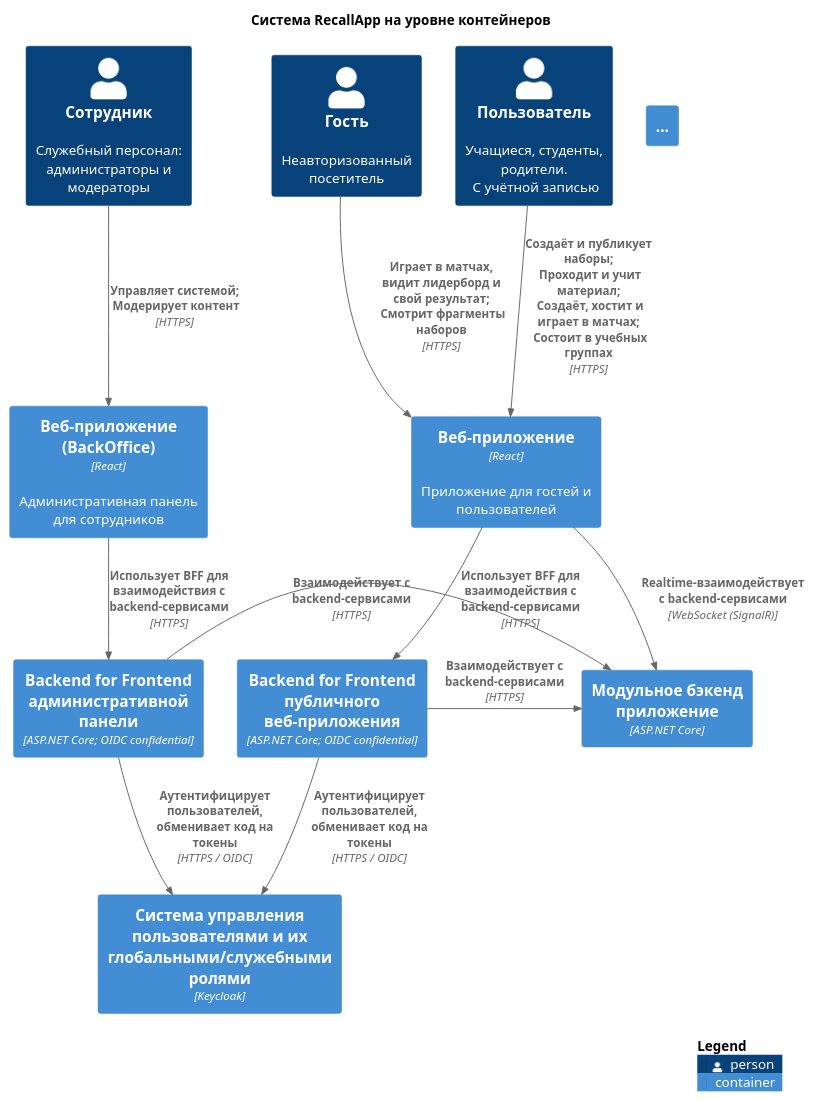
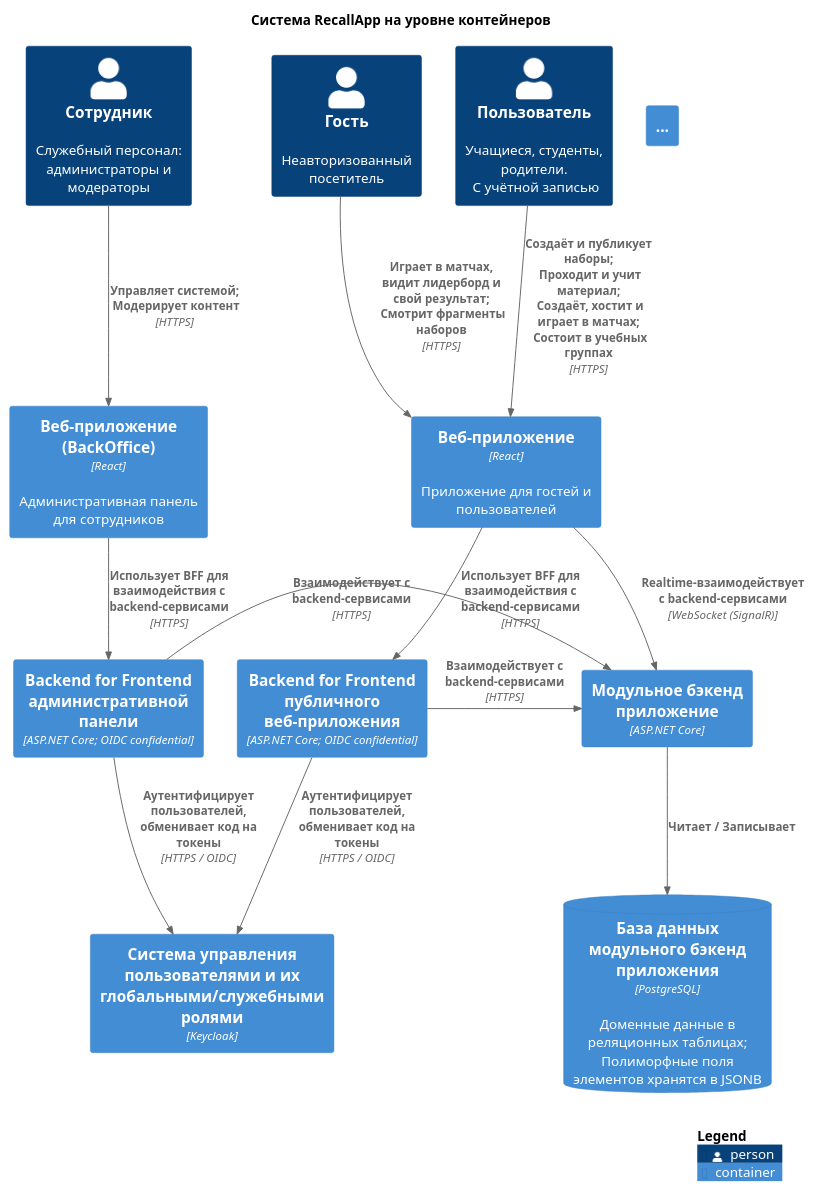
One commit to itacademy-edms-team/24_3_DNDE changed the diagram in RecallApp/docs/diagrams/с4 - containers.puml. Above: the diagram before and after it, drawn with PlantUML.

Commit message:
docs: add ContainerDb to diagram

```diff
--- a/RecallApp/docs/diagrams/с4 - containers.puml
+++ b/RecallApp/docs/diagrams/с4 - containers.puml
@@ -1,35 +1,37 @@
 @startuml C4 - Containers - RecallApp
 title Система RecallApp на уровне контейнеров
 top to bottom direction
 
 !include <C4/C4_Container>
 
 Person(personGuest, "Гость", "Неавторизованный посетитель")
 Person(personUser, "Пользователь", "Учащиеся, студенты, родители. \n С учётной записью")
 Person(personStaff, "Сотрудник", "Служебный персонал: администраторы и модераторы")
 
 Container(spa, "Веб-приложение", "React", "Приложение для гостей и пользователей")
 Container(spaBackOffice, "Веб-приложение (BackOffice)", "React", "Административная панель для сотрудников")
 Container(webBff, "Backend for Frontend публичного веб-приложения", "ASP.NET Core; OIDC confidential")
 Container(webBackOfficeBff, "Backend for Frontend административной панели", "ASP.NET Core; OIDC confidential")
 Container(iam, "Система управления пользователями и их глобальными/служебными ролями", "Keycloak")
 Container(modularMonolithApp, "Модульное бэкенд приложение", "ASP.NET Core")
+ContainerDb(modularMonolithAppDb, "База данных модульного бэкенд приложения", "PostgreSQL", "Доменные данные в реляционных таблицах; Полиморфные поля элементов хранятся в JSONB")
 Container(tbd, "...")
 
 Rel(personGuest, spa, "Играет в матчах, видит лидерборд и свой результат; \n Смотрит фрагменты наборов", "HTTPS")
 Rel(personUser, spa, "Создаёт и публикует наборы; \n Проходит и учит материал; \n Создаёт, хостит и играет в матчах; \n Состоит в учебных группах", "HTTPS")
 Rel(personStaff, spaBackOffice, "Управляет системой; \n Модерирует контент", "HTTPS")
 
 Rel(spa, webBff, "Использует BFF для взаимодействия с backend-сервисами", "HTTPS")
 Rel(spaBackOffice, webBackOfficeBff, "Использует BFF для взаимодействия с backend-сервисами", "HTTPS")
 
 Rel(webBff, iam, "Аутентифицирует пользователей, обменивает код на токены", "HTTPS / OIDC")
 Rel(webBackOfficeBff, iam, "Аутентифицирует пользователей, обменивает код на токены", "HTTPS / OIDC")
 
+Rel(modularMonolithApp, modularMonolithAppDb, "Читает / Записывает")
 Rel_R(spa, modularMonolithApp, "Realtime-взаимодействует с backend-сервисами", "WebSocket (SignalR)")
 Rel_R(webBff, modularMonolithApp, "Взаимодействует с backend-сервисами", "HTTPS")
 Rel_R(webBackOfficeBff, modularMonolithApp, "Взаимодействует с backend-сервисами", "HTTPS")
 
 SHOW_LEGEND()
 
 @enduml
```
